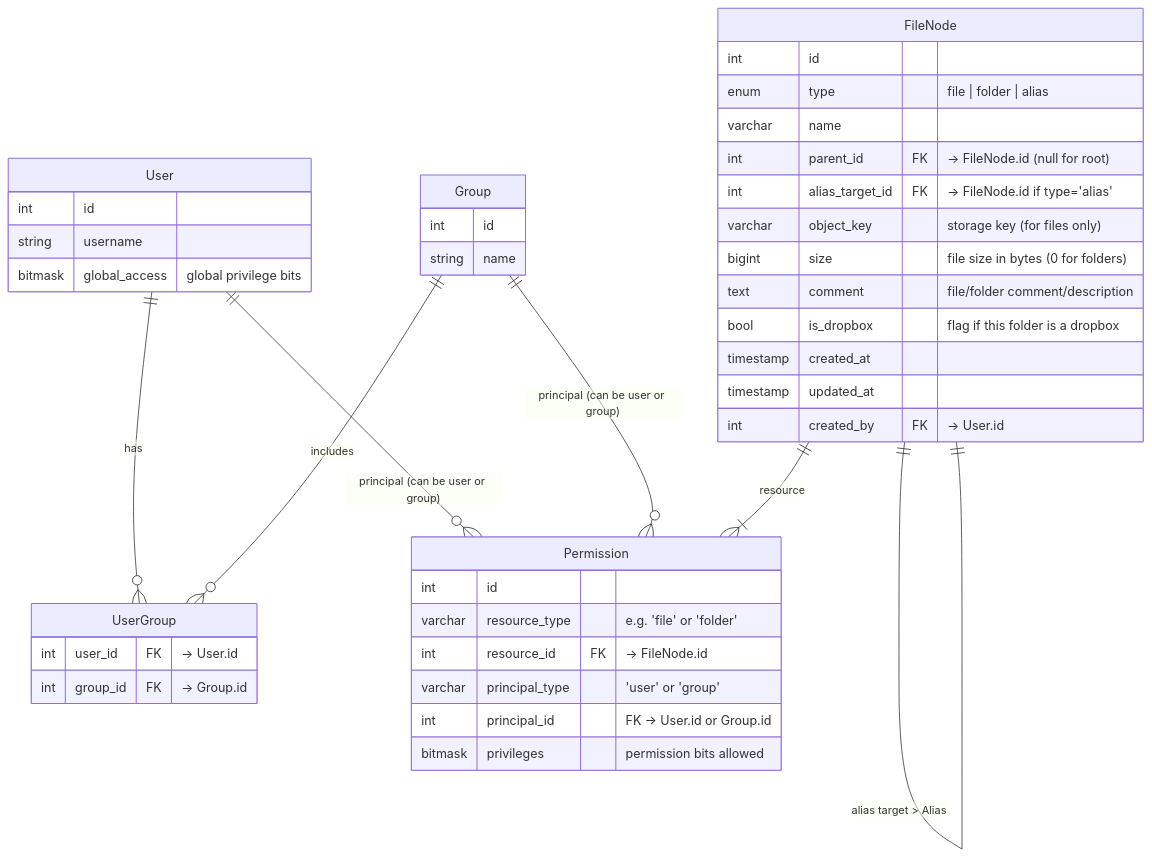
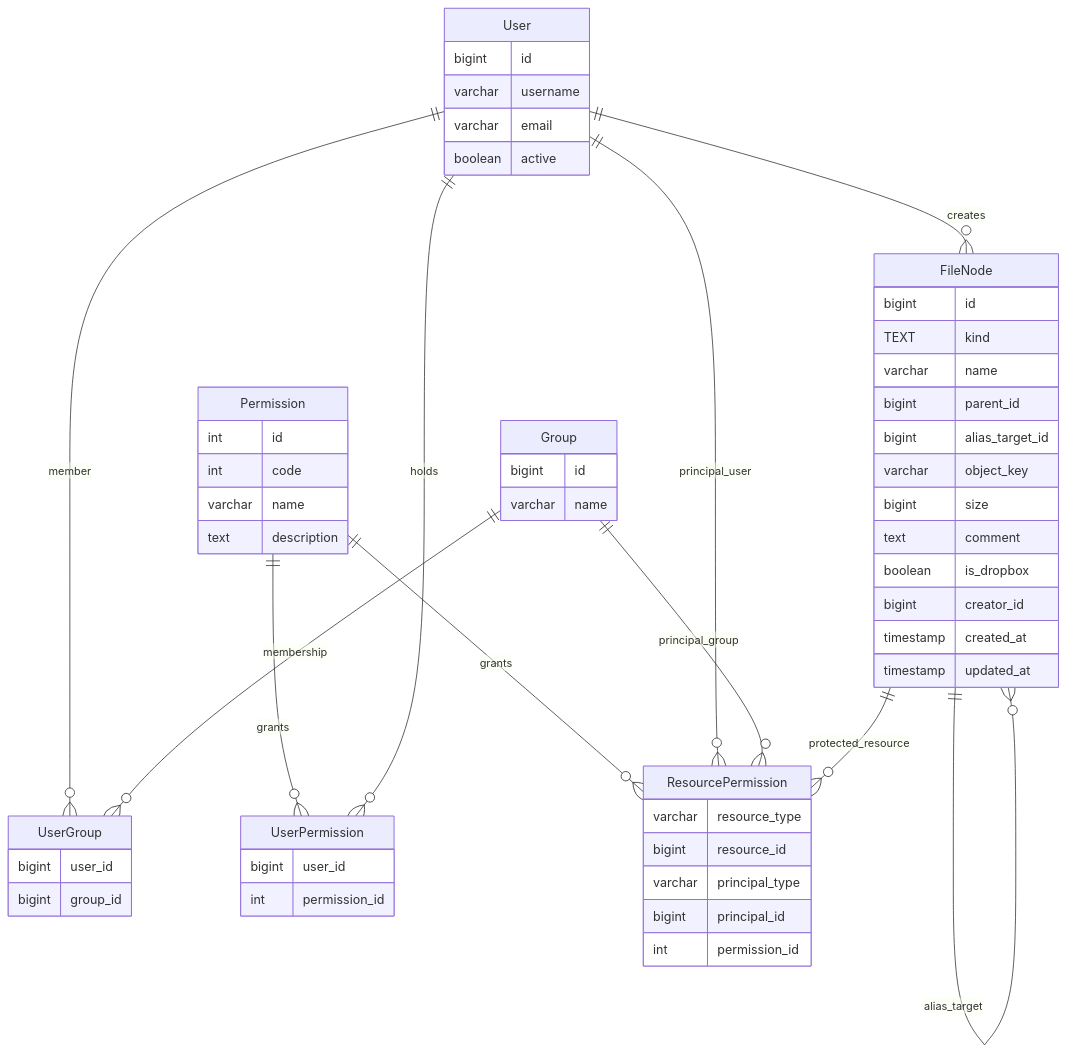
The diagram in docs/file-sharing-design.md (leynos/mxd), drawn with Mermaid before and after one commit. The commit also changed other lines of this file and 47 other files, not shown here.

First line of the commit message:
FileNode schema & permission model (3.1.1) (#307)

````diff
--- a/docs/file-sharing-design.md
+++ b/docs/file-sharing-design.md
@@ -102,47 +105,66 @@
 ```mermaid
 erDiagram
-    User ||--o{ UserGroup : has
-    Group ||--o{ UserGroup : includes
-    User ||--o{ Permission : "principal (can be user or group)"
-    Group ||--o{ Permission : "principal (can be user or group)"
-    FileNode ||--o{ FileNode : "contains > Children"
-    FileNode ||--|{ Permission : "resource"
-    FileNode ||--|| FileNode : "alias target > Alias"
-    
-    User {
-        int id
-        string username
-        bitmask global_access "global privilege bits"
-        %% ... other fields ...
-    }
-    Group {
-        int id
-        string name
-    }
-    UserGroup {
-        int user_id FK "-> User.id"
-        int group_id FK "-> Group.id"
-    }
     FileNode {
-        int id
-        enum type "file | folder | alias"
+        bigint id
+        TEXT kind
         varchar name
-        int parent_id FK "-> FileNode.id (null for root)"
-        int alias_target_id FK "-> FileNode.id if type='alias'"
-        varchar object_key "storage key (for files only)"
-        bigint size "file size in bytes (0 for folders)"
-        text comment "file/folder comment/description"
-        bool is_dropbox "flag if this folder is a dropbox"
+        bigint parent_id
+        bigint alias_target_id
+        varchar object_key
+        bigint size
+        text comment
+        boolean is_dropbox
+        bigint creator_id
         timestamp created_at
         timestamp updated_at
-        int created_by FK "-> User.id"
     }
+
+    User {
+        bigint id
+        varchar username
+        varchar email
+        boolean active
+    }
+
+    Group {
+        bigint id
+        varchar name
+    }
+
+    UserGroup {
+        bigint user_id
+        bigint group_id
+    }
+
     Permission {
         int id
-        varchar resource_type "e.g. 'file' or 'folder'"
-        int resource_id FK "-> FileNode.id"
-        varchar principal_type "'user' or 'group'"
-        int principal_id "FK -> User.id or Group.id"
-        bitmask privileges "permission bits allowed"
+        int code
+        varchar name
+        text description
     }
+
+    UserPermission {
+        bigint user_id
+        int permission_id
+    }
+
+    ResourcePermission {
+        varchar resource_type
+        bigint resource_id
+        varchar principal_type
+        bigint principal_id
+        int permission_id
+    }
+
+    FileNode ||--o{ FileNode : parent
+    FileNode ||--o{ FileNode : alias_target
+    User ||--o{ FileNode : creates
+    User ||--o{ UserGroup : member
+    Group ||--o{ UserGroup : membership
+    Permission ||--o{ UserPermission : grants
+    User ||--o{ UserPermission : holds
+    Permission ||--o{ ResourcePermission : grants
+    User ||--o{ ResourcePermission : principal_user
+    Group ||--o{ ResourcePermission : principal_group
+    FileNode ||--o{ ResourcePermission : protected_resource
 ```
````
